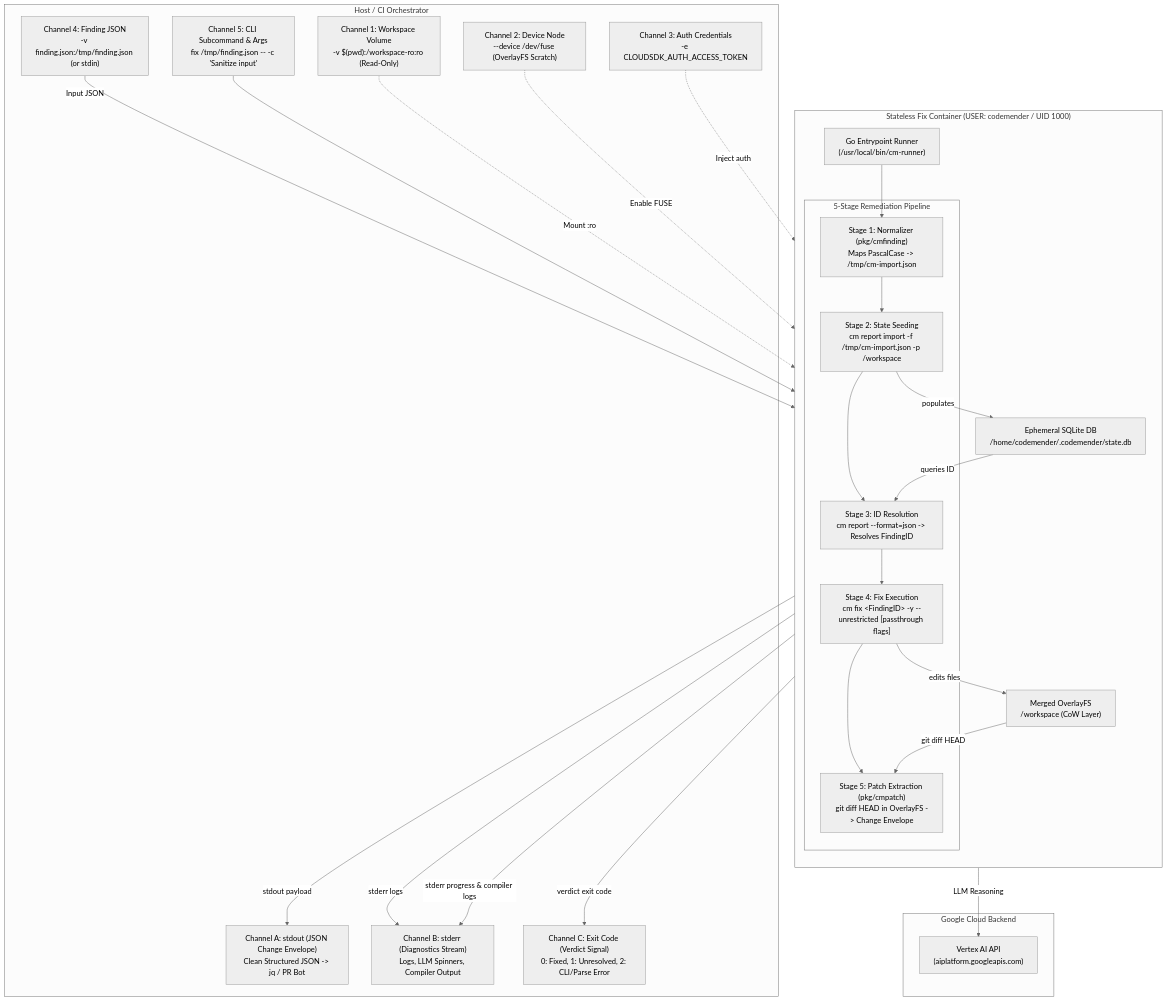
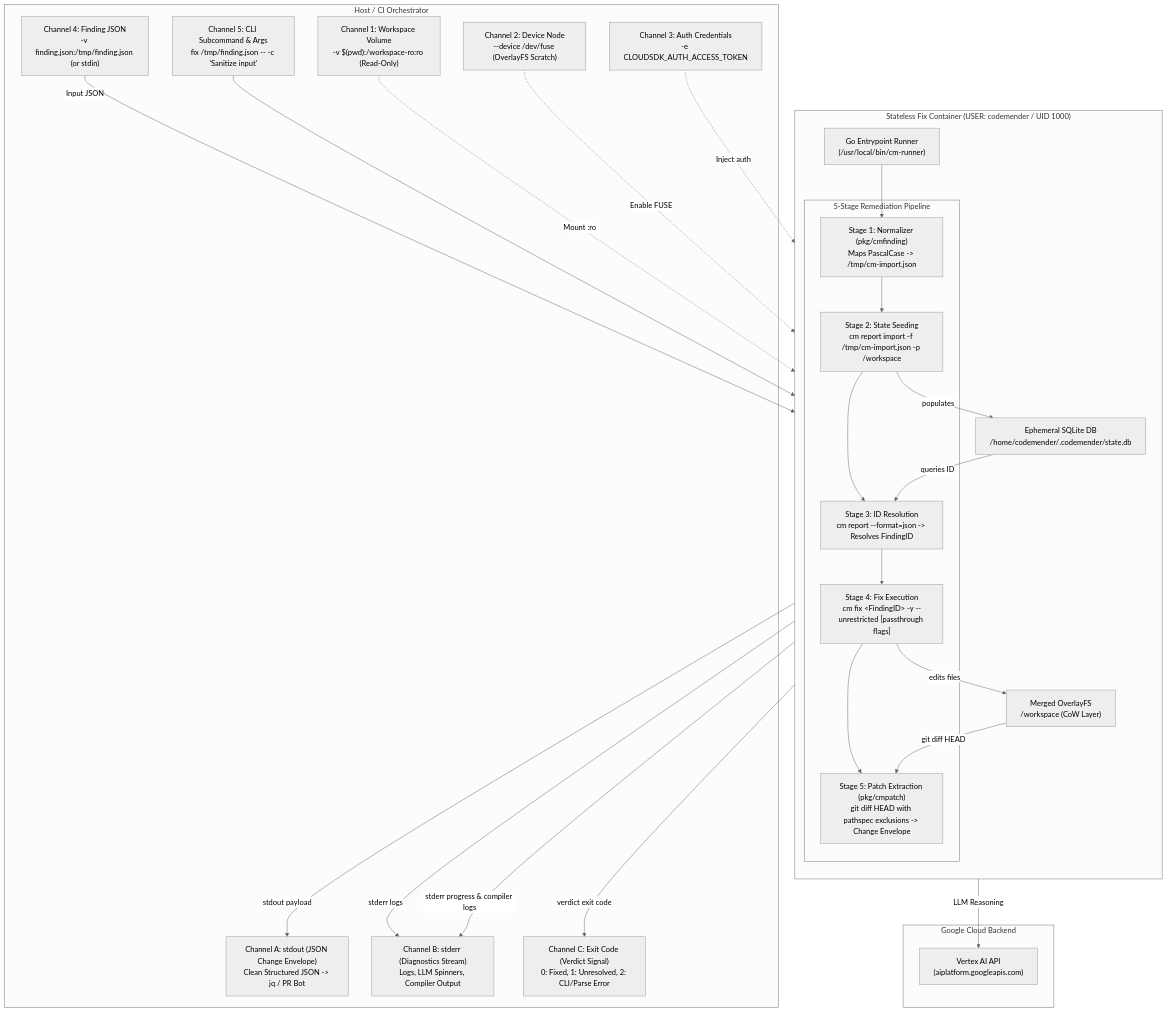
One commit to cledoux/cm-connect changed the diagram in openspec/specs/runner/cm-fix-runner/design.md. Above: the diagram before and after it, drawn with Mermaid (neutral theme). The commit also changed 8 other files, not shown here.

````diff
--- a/openspec/specs/runner/cm-fix-runner/design.md
+++ b/openspec/specs/runner/cm-fix-runner/design.md
@@ -80,60 +80,60 @@
 ```mermaid
 flowchart TD
     subgraph Host["Host / CI Orchestrator"]
         WorkspaceMount["Channel 1: Workspace Volume<br>-v $(pwd):/workspace-ro:ro (Read-Only)"]
         DeviceMount["Channel 2: Device Node<br>--device /dev/fuse (OverlayFS Scratch)"]
         AuthInjection["Channel 3: Auth Credentials<br>-e CLOUDSDK_AUTH_ACCESS_TOKEN"]
         FindingInput["Channel 4: Finding JSON<br>-v finding.json:/tmp/finding.json (or stdin)"]
         CLIArgs["Channel 5: CLI Subcommand & Args<br>fix /tmp/finding.json -- -c 'Sanitize input'"]
 
         StdoutPipe["Channel A: stdout (JSON Change Envelope)<br>Clean Structured JSON -> jq / PR Bot"]
         StderrPipe["Channel B: stderr (Diagnostics Stream)<br>Logs, LLM Spinners, Compiler Output"]
         ExitCodeSignal["Channel C: Exit Code (Verdict Signal)<br>0: Fixed, 1: Unresolved, 2: CLI/Parse Error"]
     end
 
     subgraph Container["Stateless Fix Container (USER: codemender / UID 1000)"]
         direction TB
         GoRunner["Go Entrypoint Runner<br>(/usr/local/bin/cm-runner)"]
 
         subgraph Pipeline["5-Stage Remediation Pipeline"]
             Stage1["Stage 1: Normalizer (pkg/cmfinding)<br>Maps PascalCase -> /tmp/cm-import.json"]
             Stage2["Stage 2: State Seeding<br>cm report import -f /tmp/cm-import.json -p /workspace"]
             Stage3["Stage 3: ID Resolution<br>cm report --format=json -> Resolves FindingID"]
             Stage4["Stage 4: Fix Execution<br>cm fix &lt;FindingID&gt; -y --unrestricted [passthrough flags]"]
-            Stage5["Stage 5: Patch Extraction (pkg/cmpatch)<br>git diff HEAD in OverlayFS -> Change Envelope"]
+            Stage5["Stage 5: Patch Extraction (pkg/cmpatch)<br>git diff HEAD with pathspec exclusions -> Change Envelope"]
         end
 
         SQLiteDB["Ephemeral SQLite DB<br>/home/codemender/.codemender/state.db"]
         OverlayWS["Merged OverlayFS<br>/workspace (CoW Layer)"]
     end
 
     subgraph Cloud["Google Cloud Backend"]
         Vertex["Vertex AI API<br>(aiplatform.googleapis.com)"]
     end
 
     %% Ingestion Flow
     WorkspaceMount -.->|Mount :ro| Container
     DeviceMount -.->|Enable FUSE| Container
     AuthInjection -.->|Inject auth| Container
     FindingInput -->|Input JSON| GoRunner
     CLIArgs --> GoRunner
 
     %% Execution Flow
     GoRunner --> Stage1
     Stage1 --> Stage2
     Stage2 -->|populates| SQLiteDB
     Stage2 -->|stderr logs| StderrPipe
 
     Stage2 --> Stage3
     SQLiteDB -->|queries ID| Stage3
     Stage3 --> Stage4
 
     Stage4 -->|LLM Reasoning| Vertex
     Stage4 -->|edits files| OverlayWS
     Stage4 -->|stderr progress & compiler logs| StderrPipe
 
     Stage4 --> Stage5
     OverlayWS -->|git diff HEAD| Stage5
     Stage5 -->|stdout payload| StdoutPipe
     Stage5 -->|verdict exit code| ExitCodeSignal
 ```
````
